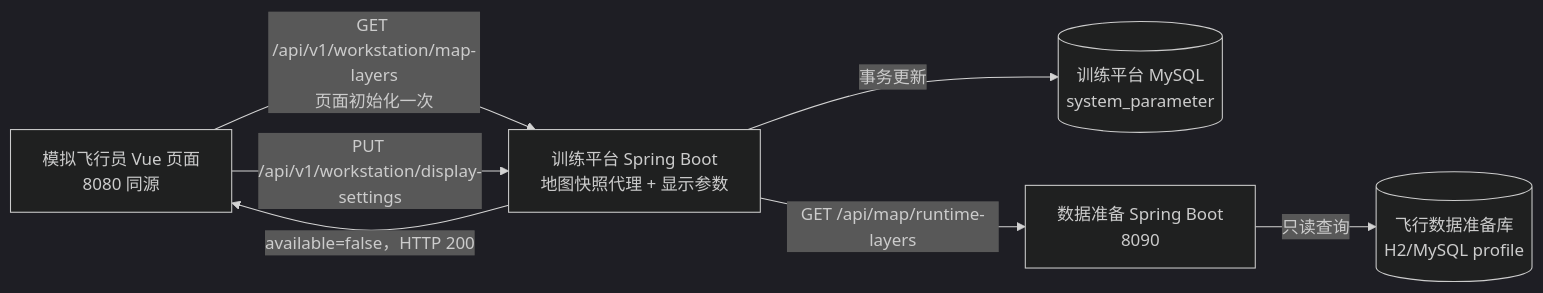
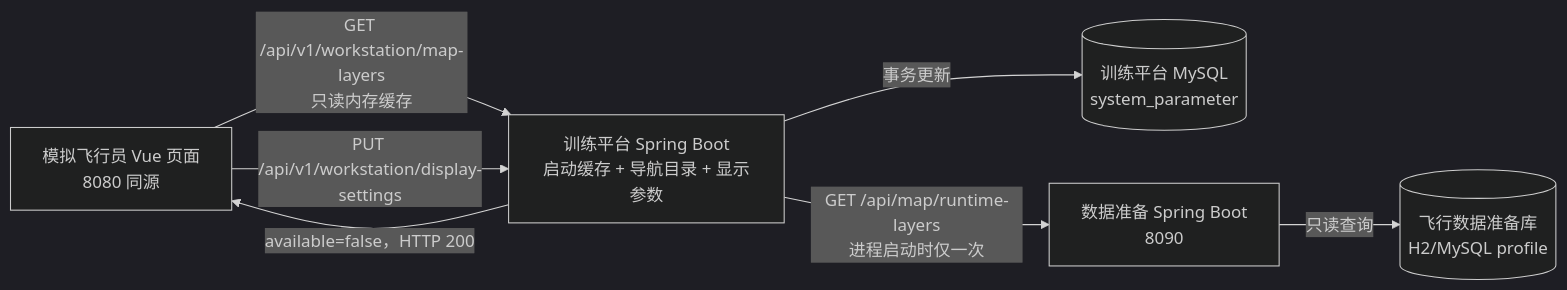
Before and after one commit to Levi-Rem/bluesky: the first of 2 diagrams in bluesky-master/docs/模拟飞行员地图图层与显示设置详细设计.md, drawn with Mermaid (dark theme). The commit also changed other lines of this file and 58 other files, not shown here.

````diff
--- a/bluesky-master/docs/模拟飞行员地图图层与显示设置详细设计.md
+++ b/bluesky-master/docs/模拟飞行员地图图层与显示设置详细设计.md
@@ -82,15 +84,15 @@
 ```mermaid
 flowchart LR
     UI["模拟飞行员 Vue 页面<br/>8080 同源"]
-    TP["训练平台 Spring Boot<br/>地图快照代理 + 显示参数"]
+    TP["训练平台 Spring Boot<br/>启动缓存 + 导航目录 + 显示参数"]
     MYSQL[("训练平台 MySQL<br/>system_parameter")]
     DP["数据准备 Spring Boot<br/>8090"]
     PREP[("飞行数据准备库<br/>H2/MySQL profile")]
 
-    UI -->|"GET /api/v1/workstation/map-layers<br/>页面初始化一次"| TP
-    TP -->|"GET /api/map/runtime-layers"| DP
+    TP -->|"GET /api/map/runtime-layers<br/>进程启动时仅一次"| DP
     DP -->|"只读查询"| PREP
+    UI -->|"GET /api/v1/workstation/map-layers<br/>只读内存缓存"| TP
     UI -->|"PUT /api/v1/workstation/display-settings"| TP
     TP -->|"事务更新"| MYSQL
     TP -->|"available=false，HTTP 200"| UI
 ```
````
